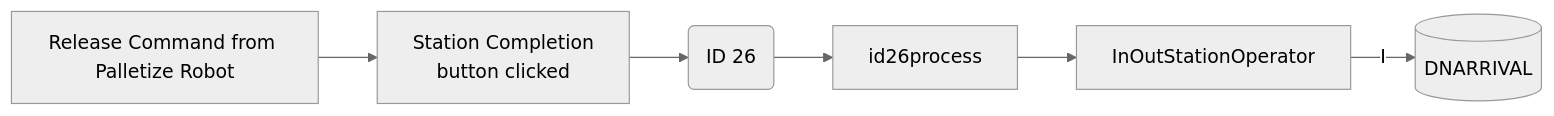
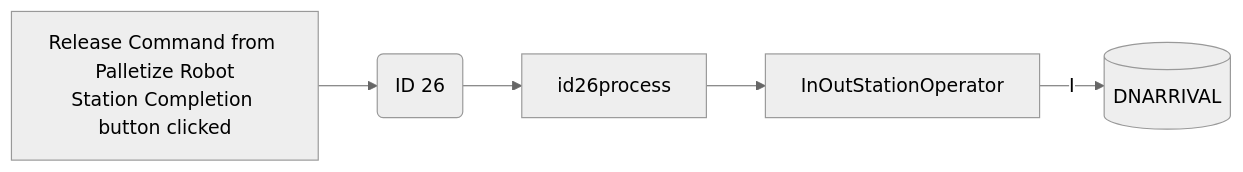
One commit to luthfiadityaa/SimeDarby-Wiki changed the second of 6 diagrams in Basic-Design/DFD-WMS/Storage/Palletizing-Settting/Palletize-Start.md. Above: the diagram before and after it, drawn with Mermaid (neutral theme).

Commit message:
Updated Palletize Start

```diff
--- a/Basic-Design/DFD-WMS/Storage/Palletizing-Settting/Palletize-Start.md
+++ b/Basic-Design/DFD-WMS/Storage/Palletizing-Settting/Palletize-Start.md
@@ -418,25 +418,22 @@
 ::: mermaid
 flowchart LR
 
 releaseCommand["
 Release Command from Palletize Robot
-"]
-
-buttonClicked["
 Station Completion 
 button clicked
 "]
 
 id26msg("
 ID 26
 ")
 
 id26-insert[("
 DNARRIVAL
 ")]
 
 inoutstationoperator[InOutStationOperator]
 
-releaseCommand-->buttonClicked-->id26msg-->id26process-->inoutstationoperator
+releaseCommand-->id26msg-->id26process-->inoutstationoperator
 inoutstationoperator--I-->id26-insert
 :::
```
